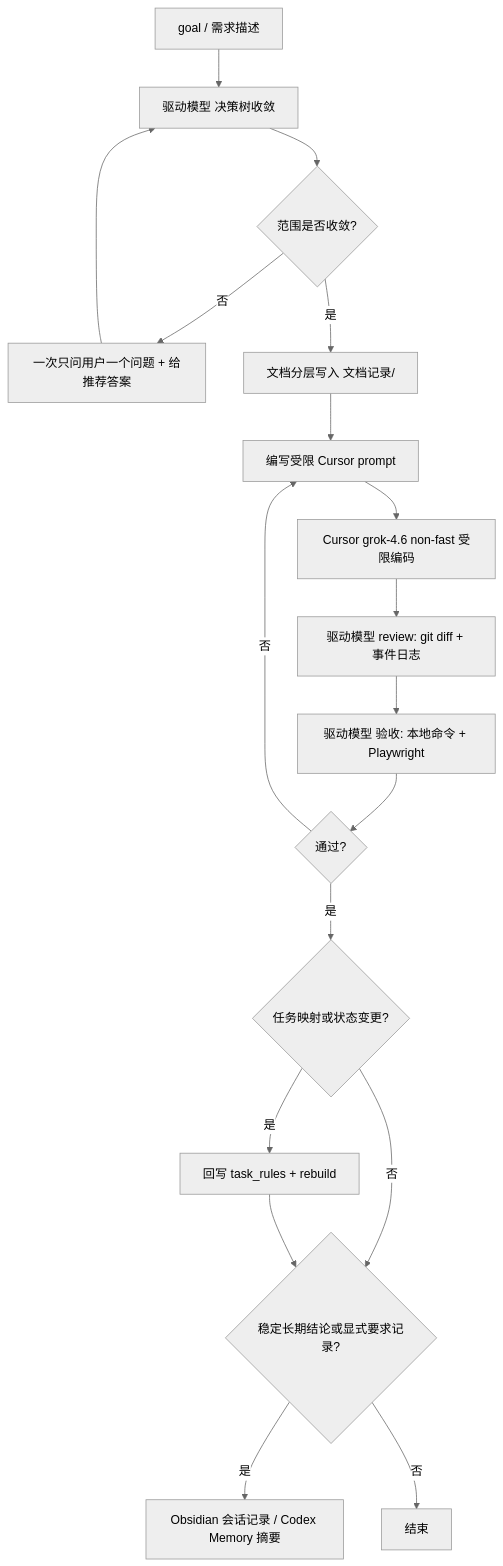
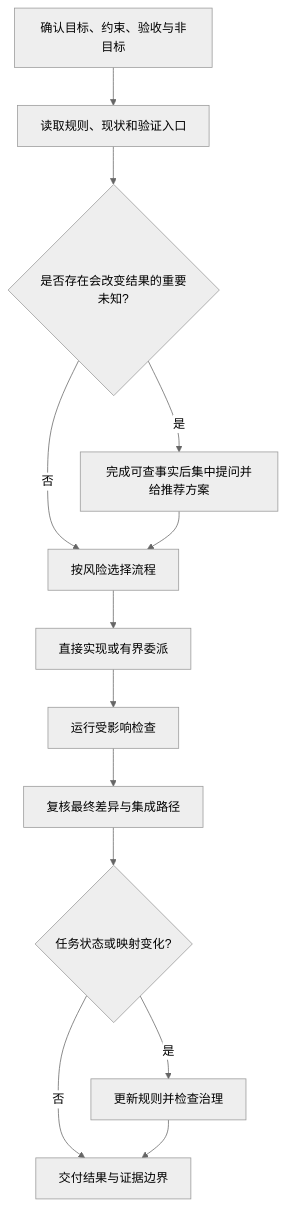
Before and after one commit to JeanbartBiubiu/damage_viewer_project_planning: the diagram in 项目设计说明书/06-开发模式与协同流程.md, drawn with Mermaid (neutral theme). The commit also changed other lines of this file and 31 other files, not shown here.

````diff
--- a/项目设计说明书/06-开发模式与协同流程.md
+++ b/项目设计说明书/06-开发模式与协同流程.md
@@ -47,20 +38,15 @@
 ```mermaid
 flowchart TD
-    A[goal / 需求描述] --> B[驱动模型 决策树收敛]
-    B --> C{范围是否收敛?}
-    C -->|否| D[一次只问用户一个问题 + 给推荐答案]
-    D --> B
-    C -->|是| E[文档分层写入 文档记录/]
-    E --> F[编写受限 Cursor prompt]
-    F --> G[Cursor grok-4.6 non-fast 受限编码]
-    G --> H[驱动模型 review: git diff + 事件日志]
-    H --> I[驱动模型 验收: 本地命令 + Playwright]
-    I --> J{通过?}
-    J -->|否| F
-    J -->|是| M{任务映射或状态变更?}
-    M -->|是| K[回写 task_rules + rebuild]
-    M -->|否| N{稳定长期结论或显式要求记录?}
-    K --> N
-    N -->|是| L[Obsidian 会话记录 / Codex Memory 摘要]
-    N -->|否| O[结束]
+    A[确认目标、约束、验收与非目标] --> B[读取规则、现状和验证入口]
+    B --> C{是否存在会改变结果的重要未知?}
+    C -->|是| D[完成可查事实后集中提问并给推荐方案]
+    C -->|否| E[按风险选择流程]
+    D --> E
+    E --> F[直接实现或有界委派]
+    F --> G[运行受影响检查]
+    G --> H[复核最终差异与集成路径]
+    H --> I{任务状态或映射变化?}
+    I -->|是| J[更新规则并检查治理]
+    I -->|否| K[交付结果与证据边界]
+    J --> K
 ```
````
